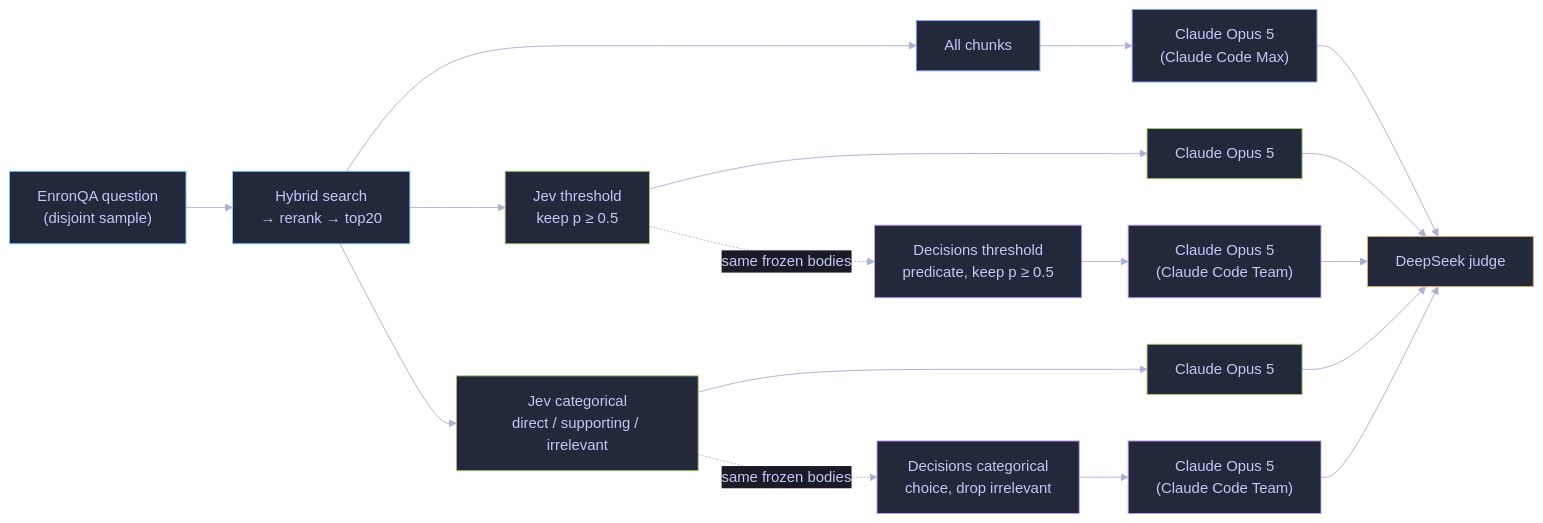
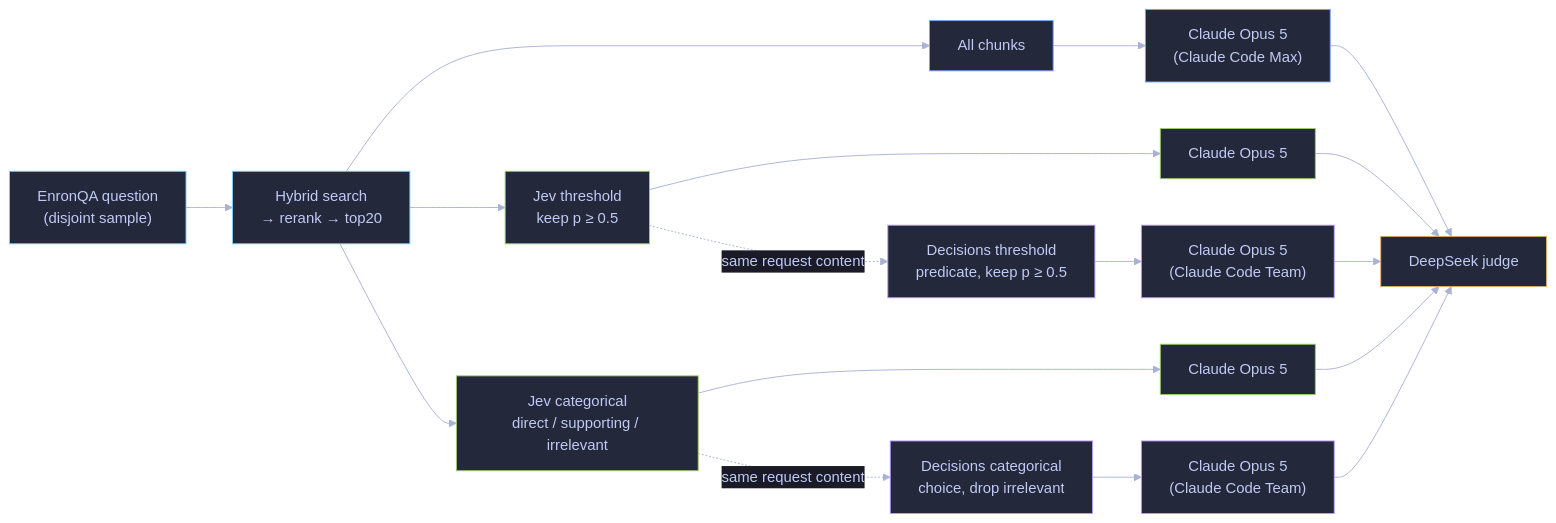
The first of 2 diagrams in experiments/jev-search-result-narrower-claude-RAG/README.md (dorkitude/decision-model-testing), drawn with Mermaid before and after one commit. The commit also changed other lines of this file and 57 other files, not shown here.

````diff
--- a/experiments/jev-search-result-narrower-claude-RAG/README.md
+++ b/experiments/jev-search-result-narrower-claude-RAG/README.md
@@ -21,25 +21,25 @@
 ```mermaid
 %%{init: {"theme": "base", "themeVariables": {"background": "#1a1b26", "primaryColor": "#24283b", "primaryTextColor": "#c0caf5", "textColor": "#c0caf5", "primaryBorderColor": "#7aa2f7", "lineColor": "#a9b1d6", "edgeLabelBackground": "#1a1b26"}}}%%
 flowchart LR
     Q["EnronQA question<br/>(disjoint sample)"] --> S["Hybrid search<br/>→ rerank → top20"]
     S --> B["All chunks"] --> CB["Claude Opus 5<br/>(Claude Code Max)"]
     S --> T["Jev threshold<br/>keep p ≥ 0.5"] --> CT["Claude Opus 5"]
     S --> C["Jev categorical<br/>direct / supporting / irrelevant"] --> CC["Claude Opus 5"]
-    T -. "same frozen bodies" .-> DT["Decisions threshold<br/>predicate, keep p ≥ 0.5"] --> CDT["Claude Opus 5<br/>(Claude Code Team)"]
-    C -. "same frozen bodies" .-> DC["Decisions categorical<br/>choice, drop irrelevant"] --> CDC["Claude Opus 5<br/>(Claude Code Team)"]
+    T -. "same request content" .-> DT["Decisions threshold<br/>predicate, keep p ≥ 0.5"] --> CDT["Claude Opus 5<br/>(Claude Code Team)"]
+    C -. "same request content" .-> DC["Decisions categorical<br/>choice, drop irrelevant"] --> CDC["Claude Opus 5<br/>(Claude Code Team)"]
     CB --> G["DeepSeek judge"]
     CT --> G
     CC --> G
     CDT --> G
     CDC --> G
     classDef shared fill:#24283b,stroke:#7dcfff,color:#c0caf5;
     classDef baseline fill:#24283b,stroke:#7aa2f7,color:#c0caf5;
     classDef jev fill:#24283b,stroke:#9ece6a,color:#c0caf5;
     classDef decisions fill:#24283b,stroke:#bb9af7,color:#c0caf5;
     classDef score fill:#24283b,stroke:#e0af68,color:#c0caf5;
     class Q,S shared;
     class B,CB baseline;
     class T,CT,C,CC jev;
     class DT,CDT,DC,CDC decisions;
     class G score;
 ```
````
